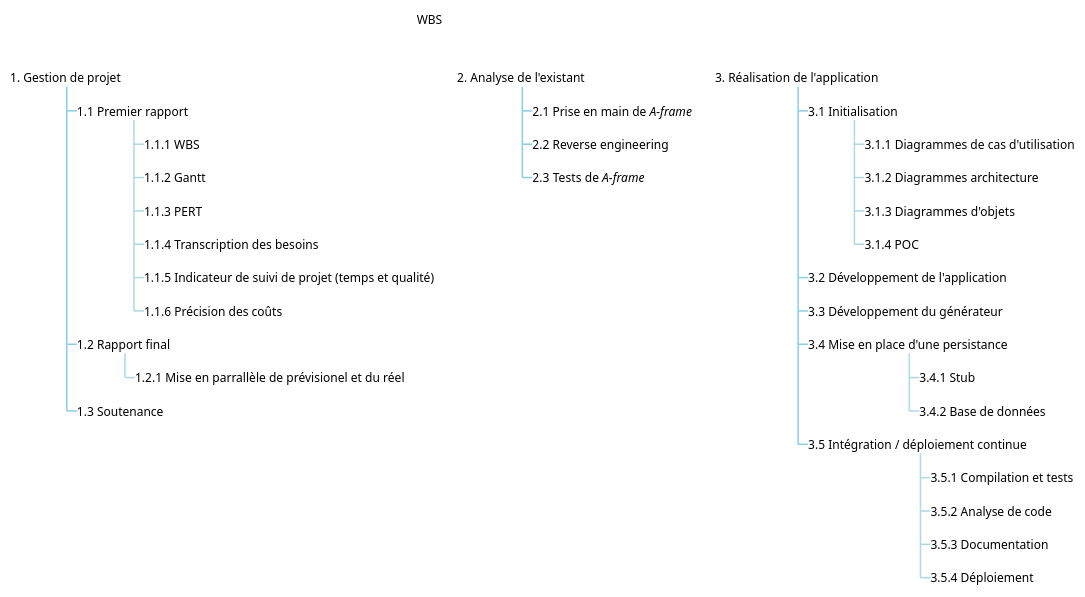
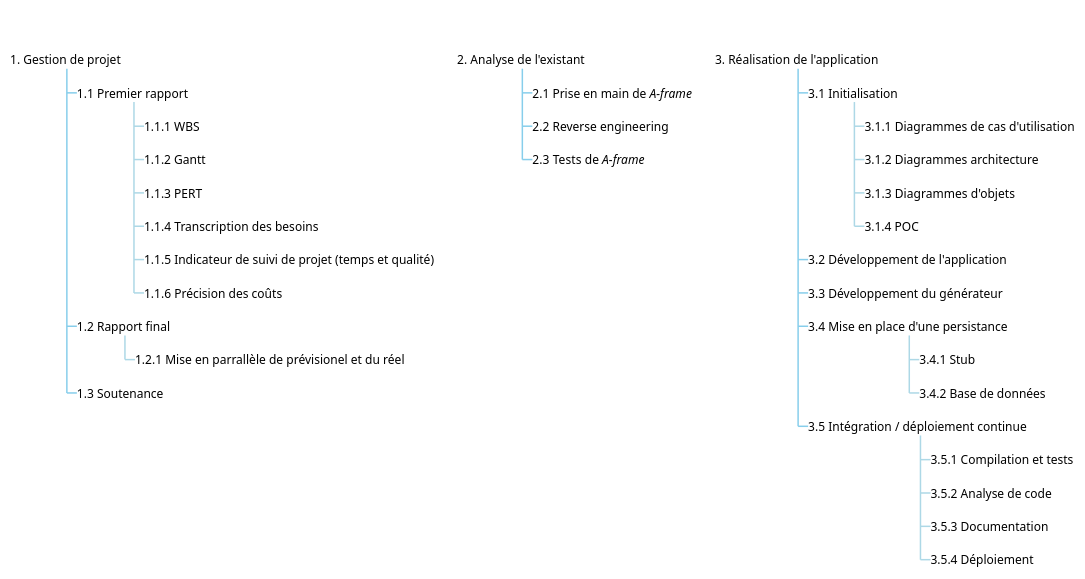
One commit to axdelafuen/archivr changed the diagram in Diagrams/Management/wbs.md. Above: the diagram before and after it, drawn with PlantUML.

````diff
--- a/Diagrams/Management/wbs.md
+++ b/Diagrams/Management/wbs.md
@@ -1,55 +1,56 @@
 ```plantuml
 @startwbs
 
 <style>
 wbsDiagram {
   arrow {
     LineColor SkyBlue
   }
   :depth(0) {
       LineColor transparent
+      FontColor transparent
   }
   arrow {
     :depth(2) {
       LineColor lightblue
     }
   } 
 }
 </style>
-*_ WBS 
+*_ wbs
 **_ 1. Gestion de projet
 ***_ 1.1 Premier rapport
 ****_ 1.1.1 WBS
 ****_ 1.1.2 Gantt
 ****_ 1.1.3 PERT
 ****_ 1.1.4 Transcription des besoins
 ****_ 1.1.5 Indicateur de suivi de projet (temps et qualité)
 ****_ 1.1.6 Précision des coûts
 ***_ 1.2 Rapport final
 ****_ 1.2.1 Mise en parrallèle de prévisionel et du réel
 ***_ 1.3 Soutenance
 
 **_ 2. Analyse de l'existant
 ***_ 2.1 Prise en main de //A-frame//
 ***_ 2.2 Reverse engineering
 ***_ 2.3 Tests de //A-frame//
 
 **_ 3. Réalisation de l'application
 ***_ 3.1 Initialisation
 ****_ 3.1.1 Diagrammes de cas d'utilisation
 ****_ 3.1.2 Diagrammes architecture
 ****_ 3.1.3 Diagrammes d'objets
 ****_ 3.1.4 POC
 ***_ 3.2 Développement de l'application
 ***_ 3.3 Développement du générateur
 ***_ 3.4 Mise en place d'une persistance
 ****_ 3.4.1 Stub
 ****_ 3.4.2 Base de données
 ***_ 3.5 Intégration / déploiement continue 
 ****_ 3.5.1 Compilation et tests
 ****_ 3.5.2 Analyse de code
 ****_ 3.5.3 Documentation
 ****_ 3.5.4 Déploiement
 
 @endwbs
 ```
````
